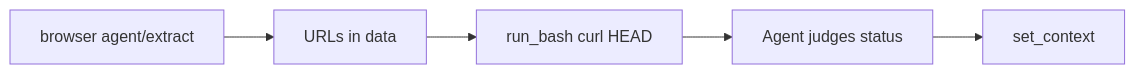
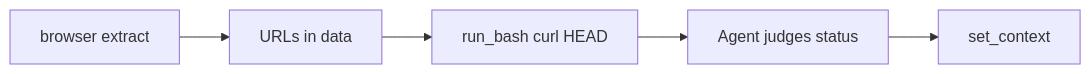
One commit to Zay-Dev/project-yahl changed the diagram in runtime/orchestrator/SKILLS/stagehand/SKILL.md. Above: the diagram before and after it, drawn with Mermaid. The commit also changed other lines of this file and 7 other files, not shown here.

````diff
--- a/runtime/orchestrator/SKILLS/stagehand/SKILL.md
+++ b/runtime/orchestrator/SKILLS/stagehand/SKILL.md
@@ -130,10 +155,10 @@
 ```mermaid
 flowchart LR
-  browserCall["browser agent/extract"]
+  browserCall["browser extract"]
   urls["URLs in data"]
   curlHead["run_bash curl HEAD"]
   judge["Agent judges status"]
   persist["set_context"]
 
   browserCall --> urls --> curlHead --> judge --> persist
 ```
````
